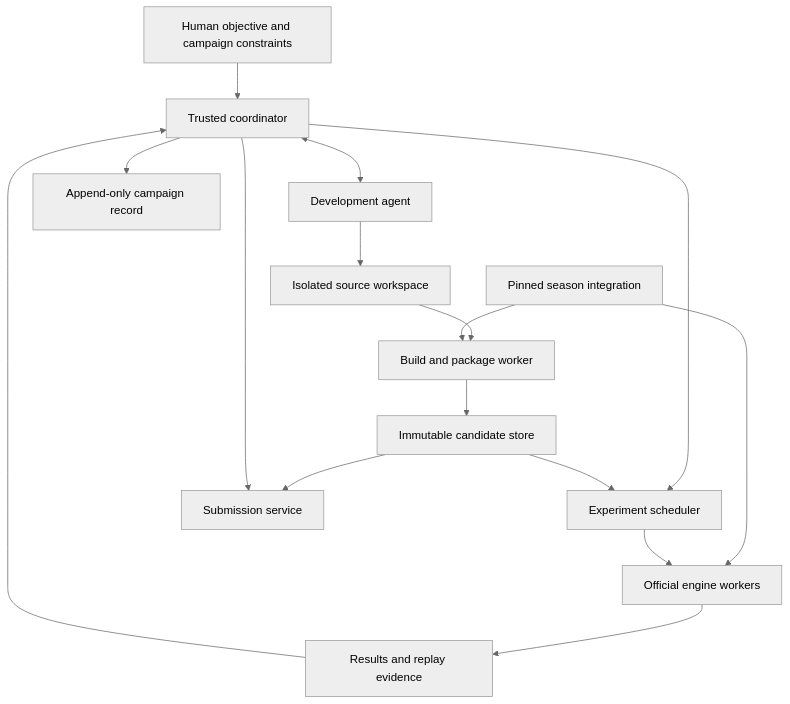
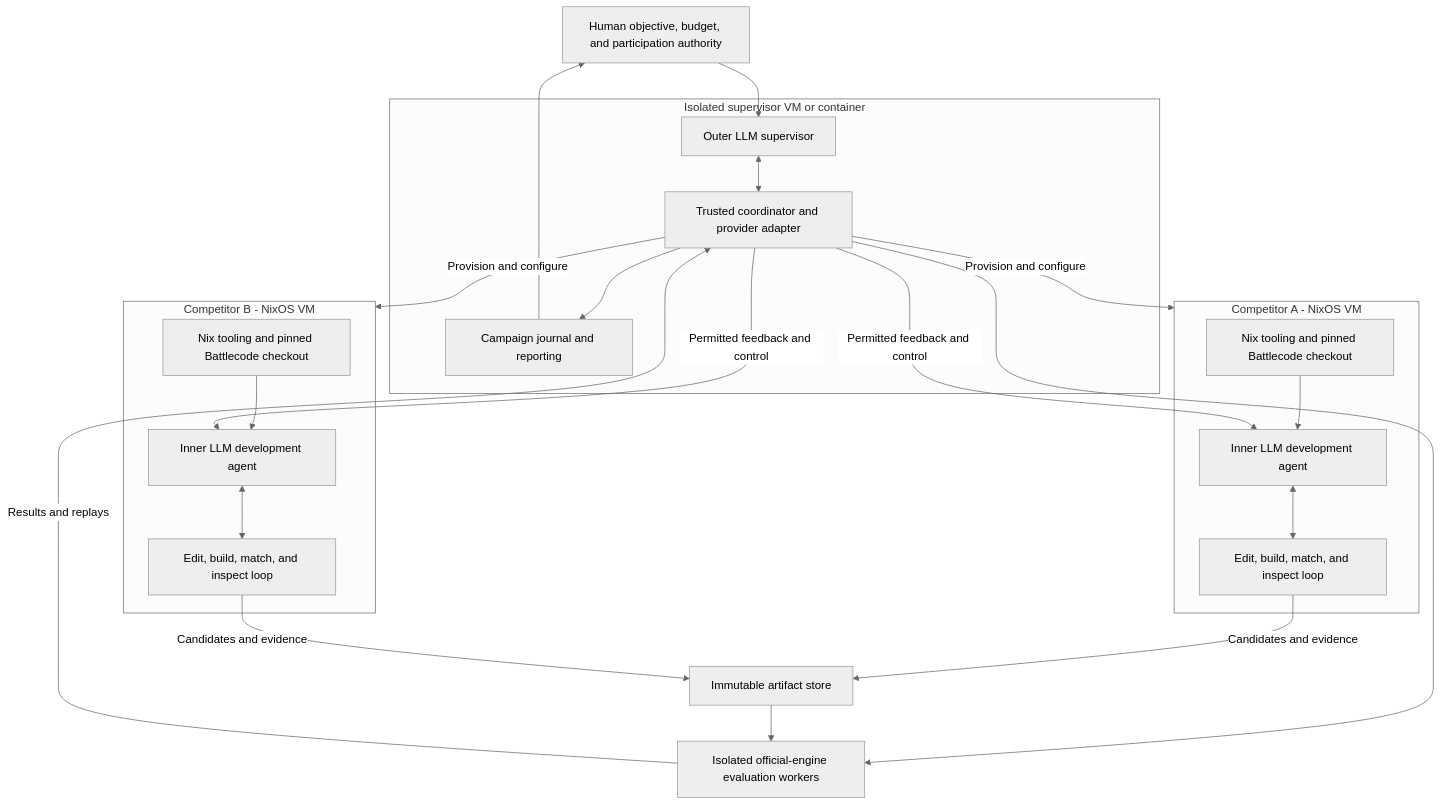
Before and after one commit to anicolao/bcenv: the diagram in INITIAL_DESIGN_SKETCH.md, drawn with Mermaid (neutral theme). The commit also changed other lines of this file and 2 other files, not shown here.

Commit message:
Center the design on supervised NixOS competitor environments

````diff
--- a/INITIAL_DESIGN_SKETCH.md
+++ b/INITIAL_DESIGN_SKETCH.md
@@ -22,18 +23,36 @@
 ```mermaid
 flowchart TD
-    H[Human objective and campaign constraints] --> C[Trusted coordinator]
-    C <--> A[Development agent]
-    A --> W[Isolated source workspace]
-    W --> B[Build and package worker]
-    B --> S[Immutable candidate store]
-    C --> Q[Experiment scheduler]
-    S --> Q
-    I[Pinned season integration] --> B
-    I --> R[Official engine workers]
-    Q --> R
-    R --> E[Results and replay evidence]
-    E --> C
-    C --> L[Append-only campaign record]
-    S --> P[Submission service]
-    C --> P
+    H[Human objective, budget, and participation authority]
+    subgraph S[Isolated supervisor VM or container]
+        O[Outer LLM supervisor]
+        C[Trusted coordinator and provider adapter]
+        J[Campaign journal and reporting]
+        O <--> C
+        C --> J
+    end
+    H --> O
+    J --> H
+    C -->|Provision and configure| V1
+    C -->|Provision and configure| V2
+    subgraph V1[Competitor A - NixOS VM]
+        N1[Nix tooling and pinned Battlecode checkout]
+        A1[Inner LLM development agent]
+        D1[Edit, build, match, and inspect loop]
+        N1 --> A1
+        A1 <--> D1
+    end
+    subgraph V2[Competitor B - NixOS VM]
+        N2[Nix tooling and pinned Battlecode checkout]
+        A2[Inner LLM development agent]
+        D2[Edit, build, match, and inspect loop]
+        N2 --> A2
+        A2 <--> D2
+    end
+    D1 -->|Candidates and evidence| F[Immutable artifact store]
+    D2 -->|Candidates and evidence| F
+    C --> E[Isolated official-engine evaluation workers]
+    F --> E
+    E -->|Results and replays| C
+    C -->|Permitted feedback and control| A1
+    C -->|Permitted feedback and control| A2
 ```
````
